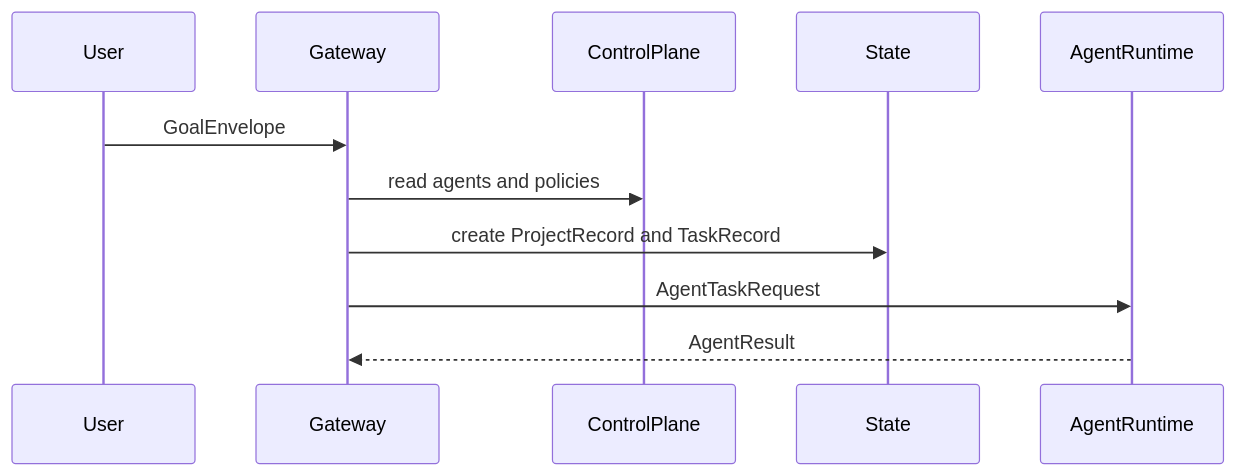
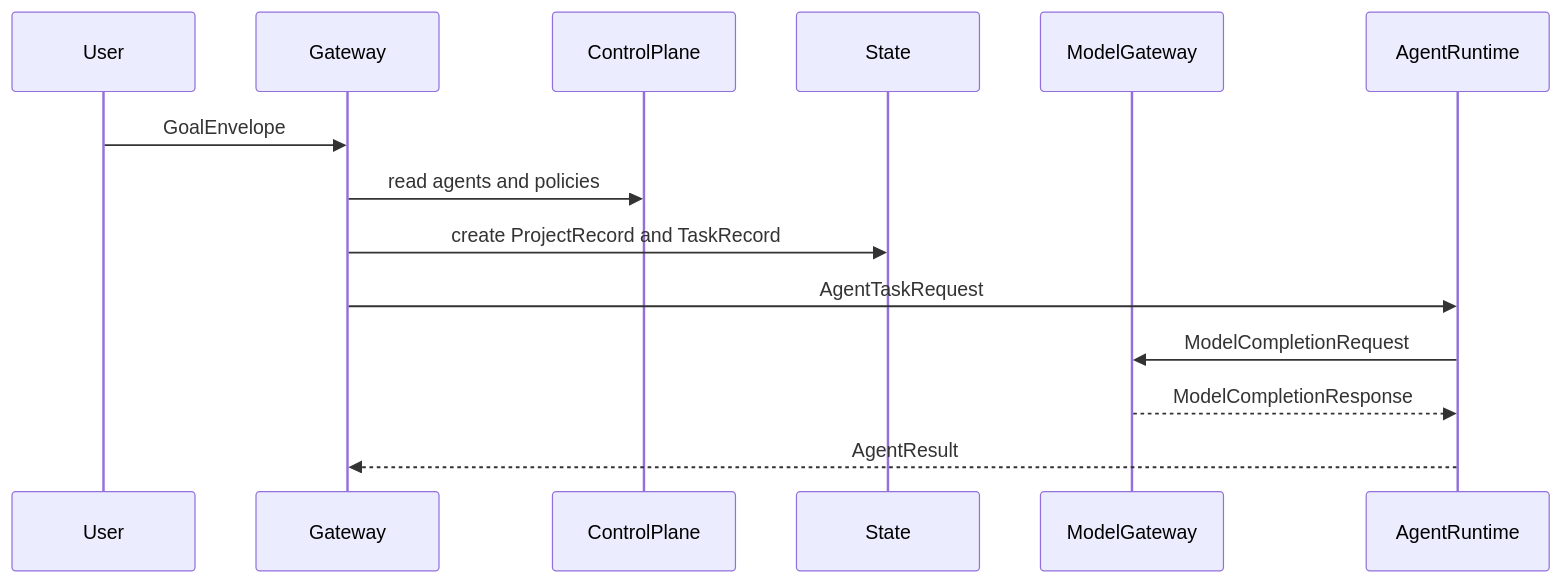
Before and after one commit to FlowSync0/Synarch: the diagram in docs/architecture.md, drawn with Mermaid. The commit also changed other lines of this file and 18 other files, not shown here.

Commit message:
Add model gateway service boundary

````diff
--- a/docs/architecture.md
+++ b/docs/architecture.md
@@ -18,13 +19,16 @@
 ```mermaid
 sequenceDiagram
   participant User
   participant Gateway
   participant ControlPlane
   participant State
+  participant ModelGateway
   participant AgentRuntime
   User->>Gateway: GoalEnvelope
   Gateway->>ControlPlane: read agents and policies
   Gateway->>State: create ProjectRecord and TaskRecord
   Gateway->>AgentRuntime: AgentTaskRequest
+  AgentRuntime->>ModelGateway: ModelCompletionRequest
+  ModelGateway-->>AgentRuntime: ModelCompletionResponse
   AgentRuntime-->>Gateway: AgentResult
 ```
````
